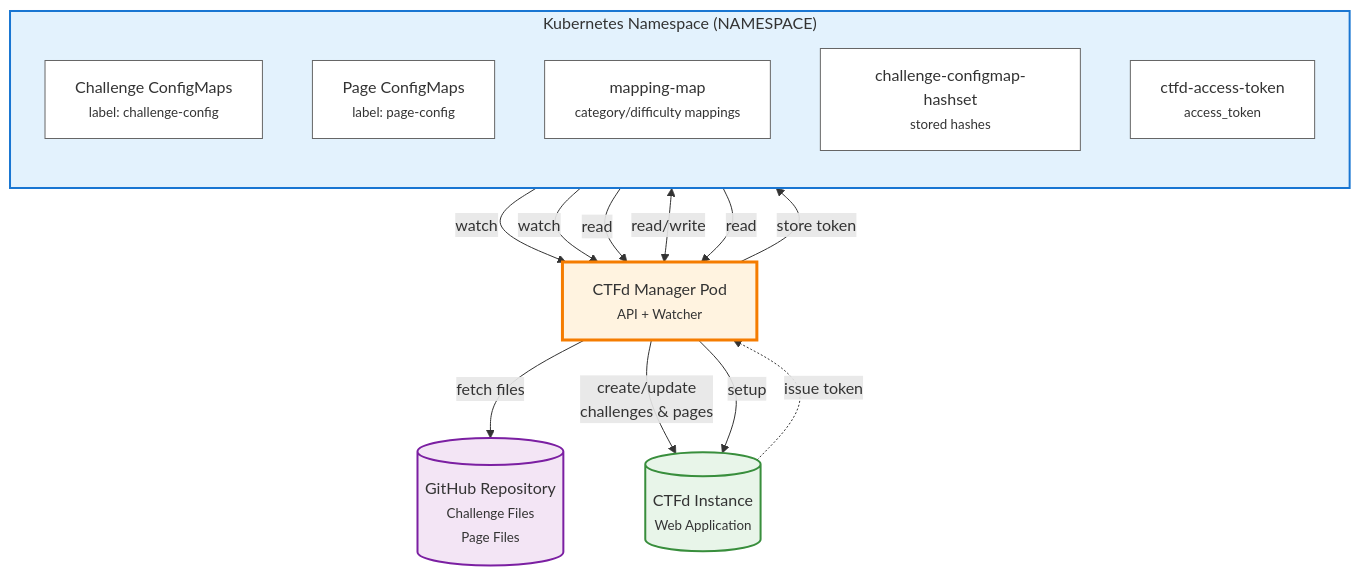
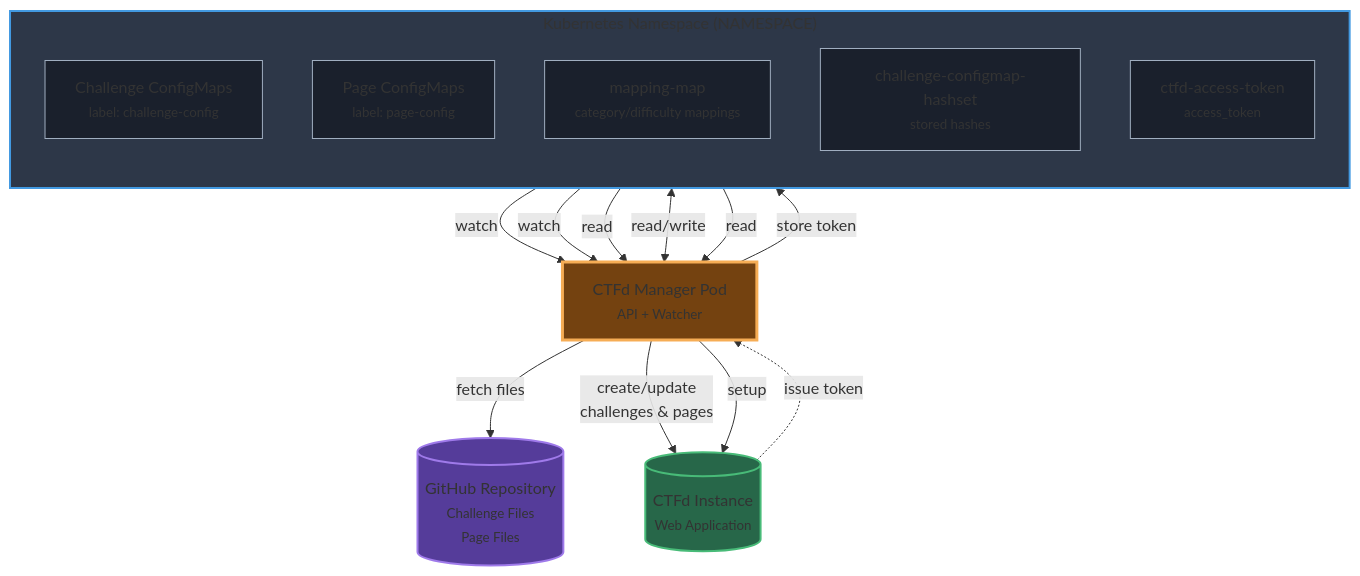
The diagram in README.md (ctfpilot/ctfd-manager), drawn with Mermaid before and after one commit.

Commit message:
Update architecture diagram for clarity and consistency

````diff
--- a/README.md
+++ b/README.md
@@ -810,38 +810,38 @@
 ```mermaid
 graph TB
     subgraph k8s["Kubernetes Namespace (NAMESPACE)"]
         direction TB
         cm["Challenge ConfigMaps<br/><small>label: challenge-config</small>"]
         pm["Page ConfigMaps<br/><small>label: page-config</small>"]
         mm["mapping-map<br/><small>category/difficulty mappings</small>"]
         hs["challenge-configmap-hashset<br/><small>stored hashes</small>"]
         at["ctfd-access-token<br/><small>access_token</small>"]
     end
     
     gh[("GitHub Repository<br/><small>Challenge Files</small><br/><small>Page Files</small>")]
     mgr["CTFd Manager Pod<br/><small>API + Watcher</small>"]
     ctfd[("CTFd Instance<br/><small>Web Application</small>")]
     
     cm -->|"watch"| mgr
     pm -->|"watch"| mgr
     mm -->|"read"| mgr
     hs <-->|"read/write"| mgr
     at -->|"read"| mgr
     mgr -->|"store token"| at
     
     mgr -->|"fetch files"| gh
     
     mgr -->|"create/update<br/>challenges & pages"| ctfd
     mgr -->|"setup"| ctfd
     ctfd -.->|"issue token"| mgr
     
-    style k8s fill:#e3f2fd,stroke:#1976d2,stroke-width:2px
-    style mgr fill:#fff3e0,stroke:#f57c00,stroke-width:3px
-    style gh fill:#f3e5f5,stroke:#7b1fa2,stroke-width:2px
-    style ctfd fill:#e8f5e9,stroke:#388e3c,stroke-width:2px
-    style cm fill:#fff,stroke:#666,stroke-width:1px
-    style pm fill:#fff,stroke:#666,stroke-width:1px
-    style mm fill:#fff,stroke:#666,stroke-width:1px
-    style hs fill:#fff,stroke:#666,stroke-width:1px
-    style at fill:#fff,stroke:#666,stroke-width:1px
+    style k8s fill:#2d3748,stroke:#4299e1,stroke-width:2px
+    style mgr fill:#744210,stroke:#f6ad55,stroke-width:3px
+    style gh fill:#553c9a,stroke:#9f7aea,stroke-width:2px
+    style ctfd fill:#276749,stroke:#48bb78,stroke-width:2px
+    style cm fill:#1a202c,stroke:#a0aec0,stroke-width:1px
+    style pm fill:#1a202c,stroke:#a0aec0,stroke-width:1px
+    style mm fill:#1a202c,stroke:#a0aec0,stroke-width:1px
+    style hs fill:#1a202c,stroke:#a0aec0,stroke-width:1px
+    style at fill:#1a202c,stroke:#a0aec0,stroke-width:1px
 ```
````
